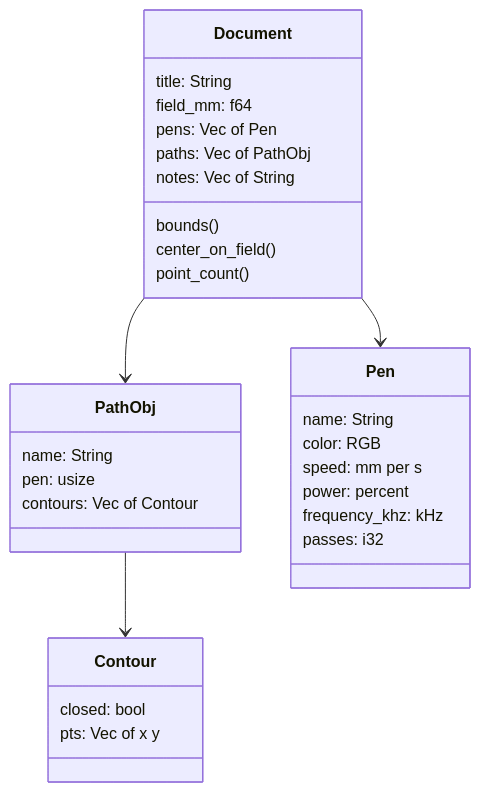
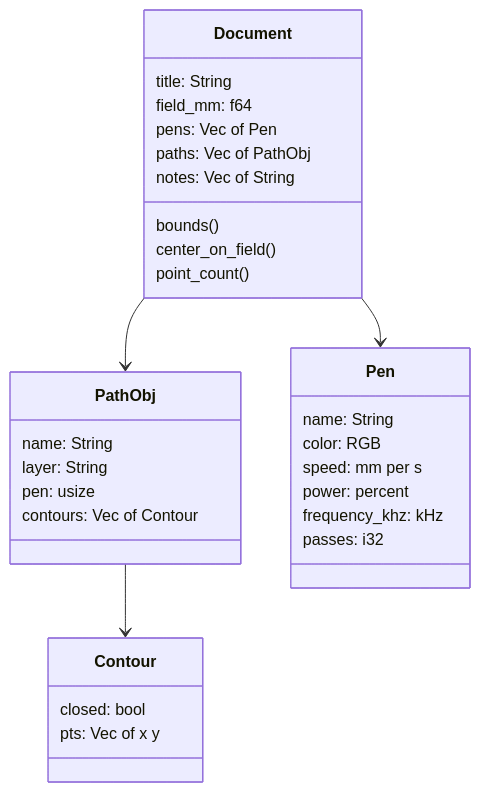
Before and after one commit to byellokore/ezd-studio: the second of 3 diagrams in docs/architecture.md, drawn with Mermaid. The commit also changed other lines of this file and 9 other files, not shown here.

````diff
--- a/docs/architecture.md
+++ b/docs/architecture.md
@@ -48,33 +48,34 @@
 ```mermaid
 classDiagram
     class Document {
         title: String
         field_mm: f64
         pens: Vec of Pen
         paths: Vec of PathObj
         notes: Vec of String
         bounds()
         center_on_field()
         point_count()
     }
     class PathObj {
         name: String
+        layer: String
         pen: usize
         contours: Vec of Contour
     }
     class Contour {
         closed: bool
         pts: Vec of x y
     }
     class Pen {
         name: String
         color: RGB
         speed: mm per s
         power: percent
         frequency_khz: kHz
         passes: i32
     }
     Document --> PathObj
     Document --> Pen
     PathObj --> Contour
 ```
````
